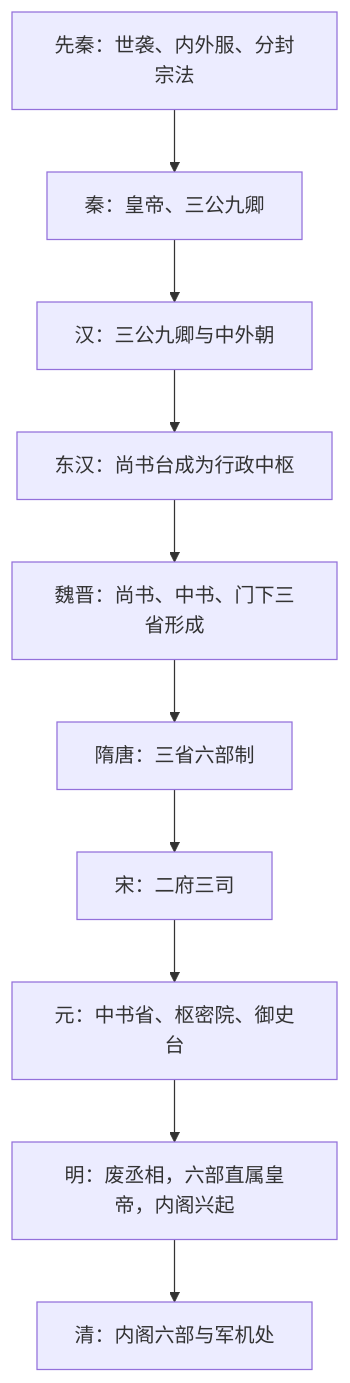
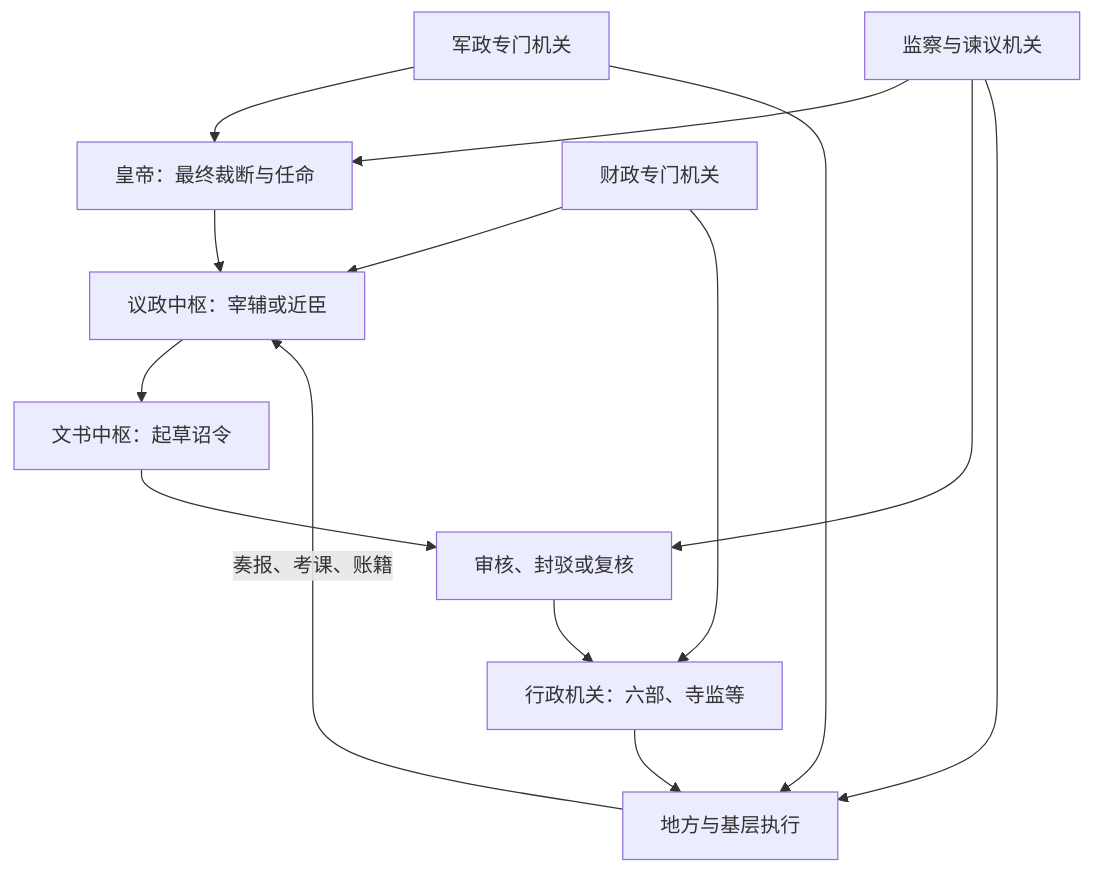
One commit to tianlan-dev/learning-notes changed the diagram in 人文科学/历史/东亚/中国/_制度/中枢与职官/README.md. Above: the diagram before and after it, drawn with Mermaid. The commit also changed other lines of this file and 1417 other files, not shown here.

````diff
--- a/人文科学/历史/东亚/中国/_制度/中枢与职官/README.md
+++ b/人文科学/历史/东亚/中国/_制度/中枢与职官/README.md
@@ -22,12 +20,16 @@
 ```mermaid
 flowchart TD
-    A["先秦：世袭、内外服、分封宗法"] --> B["秦：皇帝、三公九卿"]
-    B --> C["汉：三公九卿与中外朝"]
-    C --> D["东汉：尚书台成为行政中枢"]
-    D --> E["魏晋：尚书、中书、门下三省形成"]
-    E --> F["隋唐：三省六部制"]
-    F --> G["宋：二府三司"]
-    G --> H["元：中书省、枢密院、御史台"]
-    H --> I["明：废丞相，六部直属皇帝，内阁兴起"]
-    I --> J["清：内阁六部与军机处"]
+    E["皇帝：最终裁断与任命"] --> C["议政中枢：宰辅或近臣"]
+    C --> W["文书中枢：起草诏令"]
+    W --> R["审核、封驳或复核"]
+    R --> A["行政机关：六部、寺监等"]
+    A --> L["地方与基层执行"]
+    L -->|奏报、考课、账籍| C
+    F["财政专门机关"] --> C
+    F --> A
+    M["军政专门机关"] --> E
+    M --> L
+    S["监察与谏议机关"] --> E
+    S --> R
+    S --> L
 ```
````
